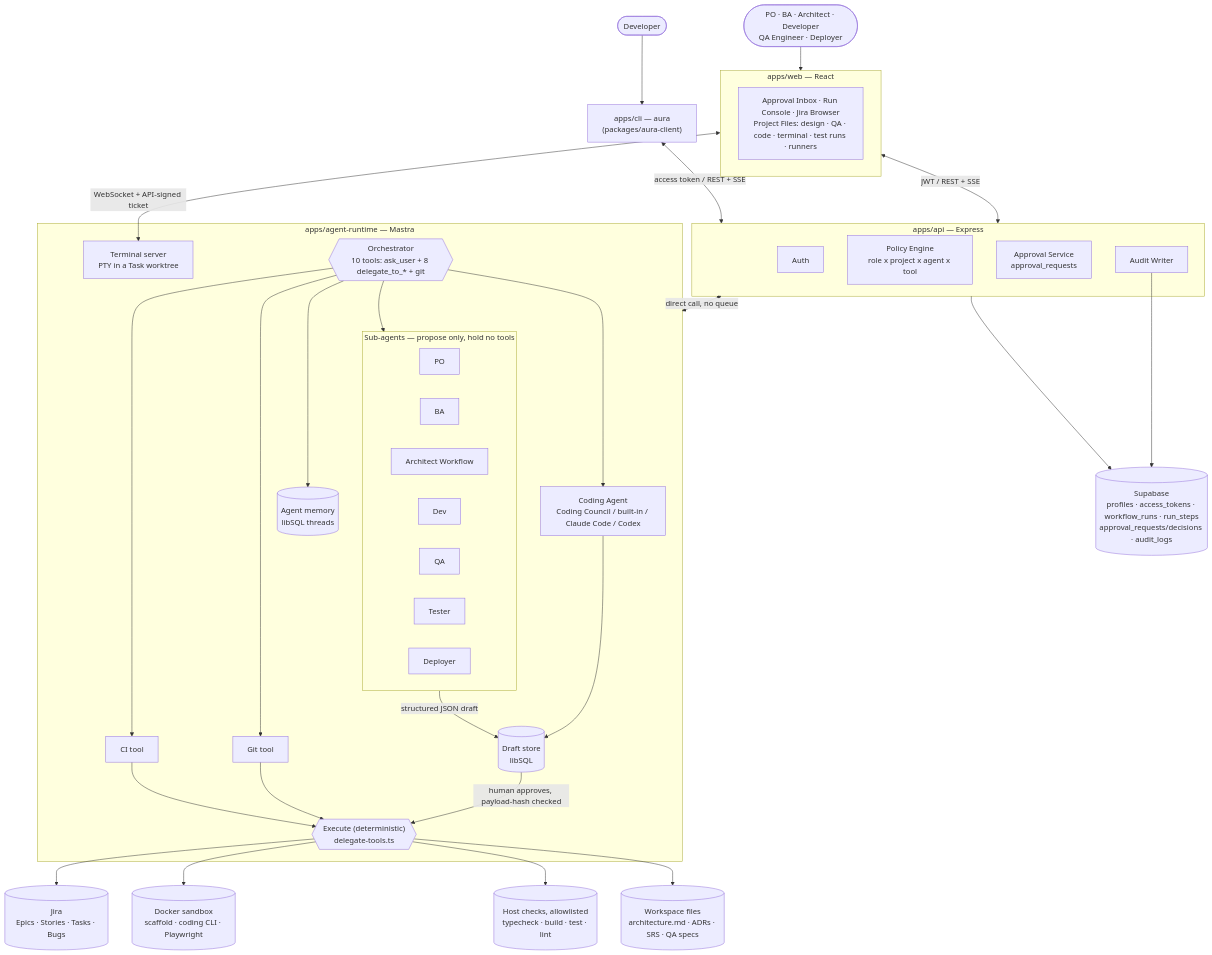
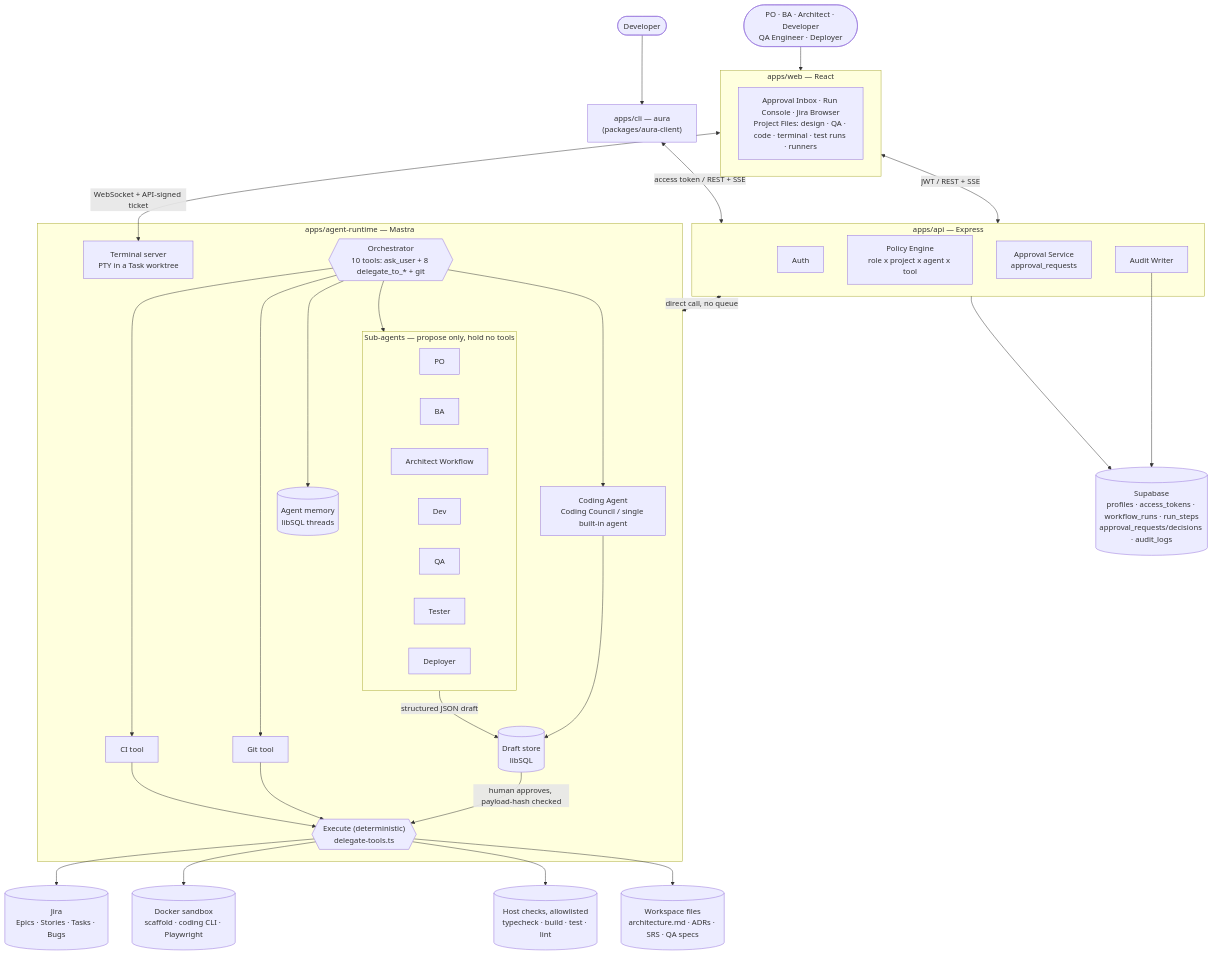
Before and after one commit to HasithaErandika/aura: the first of 3 diagrams in docs/ARCHITECTURE.md, drawn with Mermaid. The commit also changed other lines of this file and 55 other files, not shown here.

````diff
--- a/docs/ARCHITECTURE.md
+++ b/docs/ARCHITECTURE.md
@@ -74,66 +74,66 @@
 ```mermaid
 flowchart TD
     ROLES(["PO · BA · Architect · Developer<br/>QA Engineer · Deployer"]) --> WEB
     DEVS(["Developer"]) --> CLI
 
     subgraph WEB["apps/web — React"]
         UI["Approval Inbox · Run Console · Jira Browser<br/>Project Files: design · QA · code · terminal · test runs · runners"]
     end
 
     CLI["apps/cli — aura<br/>(packages/aura-client)"]
 
     WEB <-->|"JWT / REST + SSE"| API
     CLI <-->|"access token / REST + SSE"| API
     WEB <-->|"WebSocket + API-signed ticket"| TERM
 
     subgraph API["apps/api — Express"]
         AUTH[Auth]
         POL["Policy Engine<br/>role x project x agent x tool"]
         APR["Approval Service<br/>approval_requests"]
         AUD[Audit Writer]
     end
 
     API <-->|"direct call, no queue"| RT
 
     subgraph RT["apps/agent-runtime — Mastra"]
         ORCH{{"Orchestrator<br/>10 tools: ask_user + 8 delegate_to_* + git"}}
 
         subgraph AGENTS["Sub-agents — propose only, hold no tools"]
             PO_A[PO]
             BA_A[BA]
             AR_A["Architect Workflow"]
             DEV_A[Dev]
             QA_A[QA]
             TS_A[Tester]
             DP_A[Deployer]
         end
 
-        CODE["Coding Agent<br/>Coding Council / built-in / Claude Code / Codex"]
+        CODE["Coding Agent<br/>Coding Council / single built-in agent"]
         TERM["Terminal server<br/>PTY in a Task worktree"]
         GITT["Git tool"]
         CI["CI tool"]
         MEM[("Agent memory<br/>libSQL threads")]
 
         ORCH --> AGENTS
         ORCH --> CODE
         ORCH --> GITT
         ORCH --> CI
         ORCH --> MEM
 
         AGENTS -->|"structured JSON draft"| DRAFT[("Draft store<br/>libSQL")]
         CODE --> DRAFT
 
         EXEC{{"Execute (deterministic)<br/>delegate-tools.ts"}}
         DRAFT -->|"human approves, payload-hash checked"| EXEC
         GITT --> EXEC
         CI --> EXEC
     end
 
     EXEC --> JIRA[("Jira<br/>Epics · Stories · Tasks · Bugs")]
     EXEC --> DOCKER[("Docker sandbox<br/>scaffold · coding CLI · Playwright")]
     EXEC --> CHECKS[("Host checks, allowlisted<br/>typecheck · build · test · lint")]
     EXEC --> FILES[("Workspace files<br/>architecture.md · ADRs · SRS · QA specs")]
 
     API --> SUPA[("Supabase<br/>profiles · access_tokens · workflow_runs · run_steps<br/>approval_requests/decisions · audit_logs")]
     AUD --> SUPA
 ```
````
